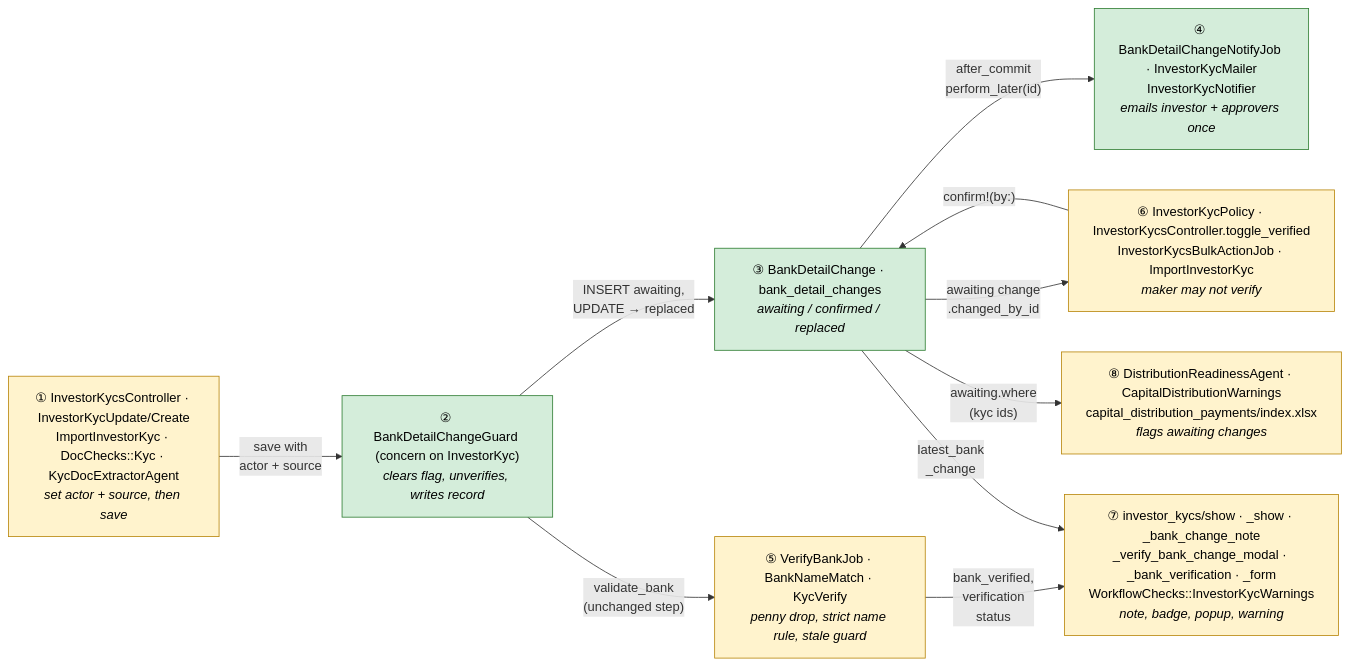
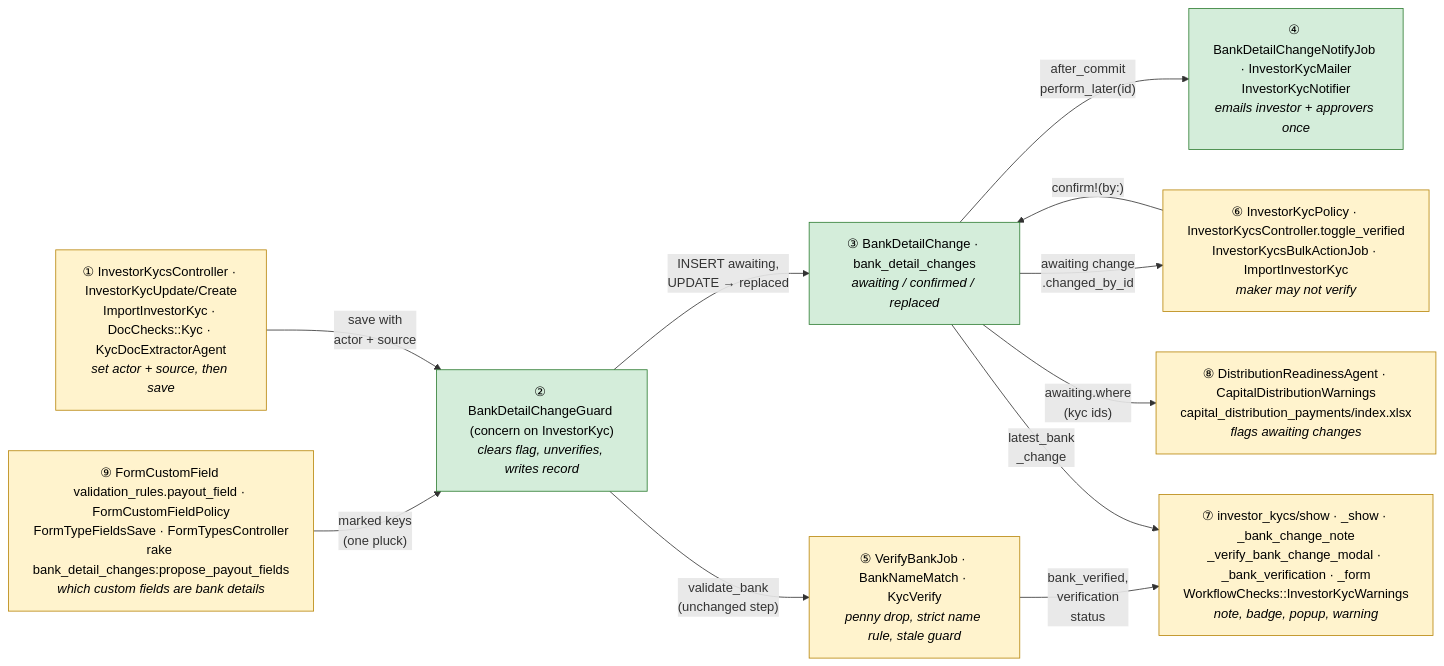
Before and after one commit to sampadadiwan/IRM_CompanyMain: the sixth of 18 diagrams in openspec/changes/bank-detail-change-controls/design.md, drawn with Mermaid. The commit also changed other lines of this file and 10 other files, not shown here.

````diff
--- a/openspec/changes/bank-detail-change-controls/design.md
+++ b/openspec/changes/bank-detail-change-controls/design.md
@@ -344,31 +363,34 @@
 ```mermaid
 flowchart LR
     classDef new fill:#d4edda,stroke:#2e7d32,color:#000
     classDef mod fill:#fff3cd,stroke:#b8860b,color:#000
     classDef reuse fill:#eceff1,stroke:#90a4ae,color:#000
     S["① InvestorKycsController · InvestorKycUpdate/Create<br/>ImportInvestorKyc · DocChecks::Kyc · KycDocExtractorAgent<br/><i>set actor + source, then save</i>"]:::mod
     G["② BankDetailChangeGuard (concern on InvestorKyc)<br/><i>clears flag, unverifies, writes record</i>"]:::new
     R["③ BankDetailChange · bank_detail_changes<br/><i>awaiting / confirmed / replaced</i>"]:::new
     N["④ BankDetailChangeNotifyJob · InvestorKycMailer<br/>InvestorKycNotifier<br/><i>emails investor + approvers once</i>"]:::new
     B["⑤ VerifyBankJob · BankNameMatch · KycVerify<br/><i>penny drop, strict name rule, stale guard</i>"]:::mod
     V["⑥ InvestorKycPolicy · InvestorKycsController.toggle_verified<br/>InvestorKycsBulkActionJob · ImportInvestorKyc<br/><i>maker may not verify</i>"]:::mod
     K["⑦ investor_kycs/show · _show · _bank_change_note<br/>_verify_bank_change_modal · _bank_verification · _form<br/>WorkflowChecks::InvestorKycWarnings<br/><i>note, badge, popup, warning</i>"]:::mod
     P["⑧ DistributionReadinessAgent · CapitalDistributionWarnings<br/>capital_distribution_payments/index.xlsx<br/><i>flags awaiting changes</i>"]:::mod
+    M["⑨ FormCustomField validation_rules.payout_field · FormCustomFieldPolicy<br/>FormTypeFieldsSave · FormTypesController<br/>rake bank_detail_changes:propose_payout_fields<br/><i>which custom fields are bank details</i>"]:::mod
+    M -- "marked keys<br/>(one pluck)" --> G
     S -- "save with<br/>actor + source" --> G
     G -- "INSERT awaiting,<br/>UPDATE → replaced" --> R
     G -- "validate_bank<br/>(unchanged step)" --> B
     R -- "after_commit<br/>perform_later(id)" --> N
     R -- "awaiting change<br/>.changed_by_id" --> V
     V -- "confirm!(by:)" --> R
     B -- "bank_verified,<br/>verification<br/>status" --> K
     R -- "latest_bank<br/>_change" --> K
     R -- "awaiting.where<br/>(kyc ids)" --> P
     click S "#①-ways-a-kyc-is-saved" "Open card ①"
     click G "#②-change-guard" "Open card ②"
     click R "#③-change-record" "Open card ③"
     click N "#④-change-emails" "Open card ④"
     click B "#⑤-bank-check" "Open card ⑤"
     click V "#⑥-verify-gate" "Open card ⑥"
     click K "#⑦-kyc-page" "Open card ⑦"
     click P "#⑧-payout-flags" "Open card ⑧"
+    click M "#⑨-payout-field-marks" "Open card ⑨"
 ```
````
